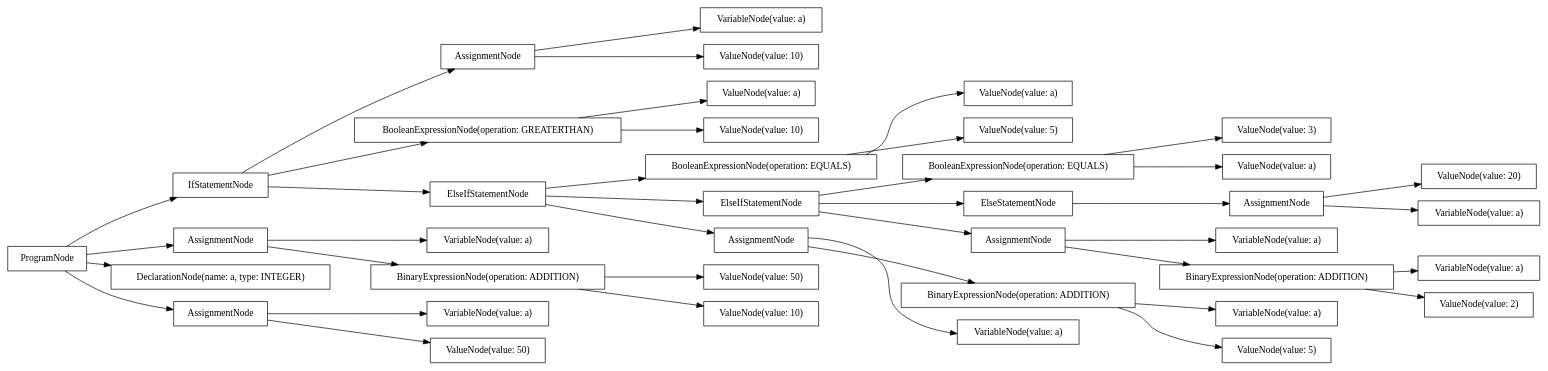
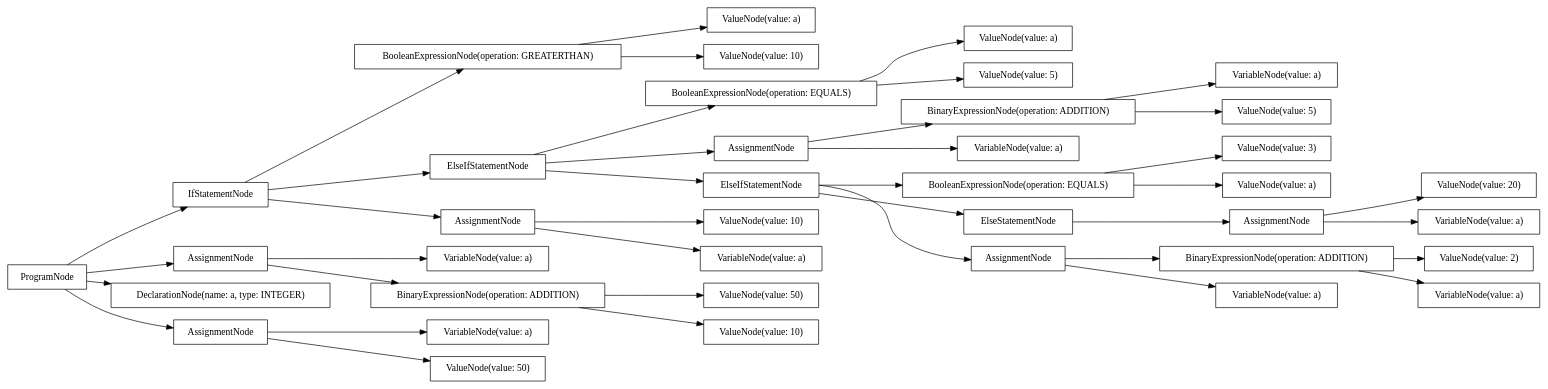
The diagram in src/output/dot/example-boolean.dot (AtLeastITry/ANTLR-Python-Compiler), drawn with Graphviz before and after one commit. The commit also changed 6 other files, not shown here.

```diff
--- a/src/output/dot/example-boolean.dot
+++ b/src/output/dot/example-boolean.dot
@@ -1,80 +1,80 @@
 digraph G {
 rankdir=LR
-"056d68b5-1c5a-4bd9-ac76-d879fc753563" [label="VariableNode(value: a)" shape="box"];
-"910bc364-d30c-4750-89e6-8b339c42cae7" [label="VariableNode(value: a)" shape="box"];
-"a17f1d7f-00c7-488e-8e1f-476583a67996" [label="ValueNode(value: 2)" shape="box"];
-"3a7664a3-7414-4352-b82d-a73f00e3fc26" [label="ValueNode(value: a)" shape="box"];
-"e0ff7432-14a5-4001-b9fc-33d4d6c8000d" [label="ValueNode(value: 3)" shape="box"];
-"79c21303-ec14-4fd1-b26d-0b97922ca197" [label="VariableNode(value: a)" shape="box"];
-"9a9ebf2d-bc9e-4e6f-be57-4d4811175d0d" [label="BinaryExpressionNode(operation: ADDITION)" shape="box"];
-"4278be20-f519-4742-bce0-ae8191d3d9b9" [label="AssignmentNode" shape="box"];
-"f931f819-f55b-40c9-a4b4-8eca323c4df2" [label="BooleanExpressionNode(operation: GREATERTHAN)" shape="box"];
-"30824691-ca99-4523-891e-f6ecba1a7b4a" [label="VariableNode(value: a)" shape="box"];
-"3f95559d-6126-421d-8212-9b641d8c6784" [label="BooleanExpressionNode(operation: EQUALS)" shape="box"];
-"c026826d-abb5-42ea-a973-4dcf2b7e69d9" [label="IfStatementNode" shape="box"];
-"b5d9e8f3-29d3-4d6f-8710-d4c0d68fac99" [label="ValueNode(value: a)" shape="box"];
-"30bdd246-f32b-44f8-83b6-6686307a9df0" [label="BooleanExpressionNode(operation: EQUALS)" shape="box"];
-"1c186acc-18ff-4808-97b9-0ffab192d121" [label="AssignmentNode" shape="box"];
-"bde918db-64b5-4ee8-bec4-d9c2b1fa13c7" [label="ValueNode(value: a)" shape="box"];
-"66e86729-da51-48cb-8568-c87192aa7a30" [label="ElseStatementNode" shape="box"];
-"509d89c9-5059-420e-9209-fd7425c11467" [label="ValueNode(value: 20)" shape="box"];
-"052afe60-bb52-40f6-b158-f02cfc740bb5" [label="ElseIfStatementNode" shape="box"];
-"d71dfcdf-efb1-4a0c-8ca7-49be2e4ff208" [label="VariableNode(value: a)" shape="box"];
-"231bbb53-2444-4f9c-9d05-ecdcfc8c0661" [label="AssignmentNode" shape="box"];
-"a93387a8-a980-4316-83c8-711026016eb0" [label="AssignmentNode" shape="box"];
-"2118fe91-ddf3-4960-b61b-4aaec85ed954" [label="AssignmentNode" shape="box"];
-"2017dd74-14c8-424e-b50f-e1396ca75551" [label="ValueNode(value: 50)" shape="box"];
-"7ca74f19-9496-49e5-aacb-bed418ccd838" [label="ValueNode(value: 10)" shape="box"];
-"68fdd791-a230-49d6-8048-d3f7d1ea7ff9" [label="BinaryExpressionNode(operation: ADDITION)" shape="box"];
-"c75d41c0-0568-49b7-a43a-a68aea62e5b6" [label="VariableNode(value: a)" shape="box"];
-"06719703-7900-4796-b887-bae905e2eb4f" [label="ValueNode(value: 5)" shape="box"];
-"526847c7-7588-47b0-b5eb-e886b293abc4" [label="ValueNode(value: 5)" shape="box"];
-"21103529-5a16-464c-9e18-5b1c576d0ce5" [label="ValueNode(value: 50)" shape="box"];
-"626ec897-c671-4e16-939a-ab8bd7417ce1" [label="VariableNode(value: a)" shape="box"];
-"448c7957-6c59-41c4-9e2d-18b1228c25a6" [label="BinaryExpressionNode(operation: ADDITION)" shape="box"];
-"34289306-2741-42d5-a2ba-e76e34a28a3e" [label="ValueNode(value: 10)" shape="box"];
-"fbd14fc6-2f02-4aa1-9021-c796e566a596" [label="ValueNode(value: 10)" shape="box"];
-"cd7fdddd-22e2-4cf9-9a5a-4898ff252caa" [label="ProgramNode" shape="box"];
-"7875740a-f4ca-4056-8832-34d8be182aeb" [label="DeclarationNode(name: a, type: INTEGER)" shape="box"];
-"33789439-519f-434d-83b0-b2d3e63336f9" [label="VariableNode(value: a)" shape="box"];
-"ab4acdd1-06a6-4269-9e43-e04c9a971eb7" [label="AssignmentNode" shape="box"];
-"b10c782f-c87a-4e63-8d93-8a89117d8563" [label="ElseIfStatementNode" shape="box"];
-"cd7fdddd-22e2-4cf9-9a5a-4898ff252caa" -> "7875740a-f4ca-4056-8832-34d8be182aeb";
-"cd7fdddd-22e2-4cf9-9a5a-4898ff252caa" -> "ab4acdd1-06a6-4269-9e43-e04c9a971eb7";
-"ab4acdd1-06a6-4269-9e43-e04c9a971eb7" -> "910bc364-d30c-4750-89e6-8b339c42cae7";
-"ab4acdd1-06a6-4269-9e43-e04c9a971eb7" -> "21103529-5a16-464c-9e18-5b1c576d0ce5";
-"cd7fdddd-22e2-4cf9-9a5a-4898ff252caa" -> "c026826d-abb5-42ea-a973-4dcf2b7e69d9";
-"c026826d-abb5-42ea-a973-4dcf2b7e69d9" -> "f931f819-f55b-40c9-a4b4-8eca323c4df2";
-"f931f819-f55b-40c9-a4b4-8eca323c4df2" -> "3a7664a3-7414-4352-b82d-a73f00e3fc26";
-"f931f819-f55b-40c9-a4b4-8eca323c4df2" -> "fbd14fc6-2f02-4aa1-9021-c796e566a596";
-"c026826d-abb5-42ea-a973-4dcf2b7e69d9" -> "4278be20-f519-4742-bce0-ae8191d3d9b9";
-"4278be20-f519-4742-bce0-ae8191d3d9b9" -> "30824691-ca99-4523-891e-f6ecba1a7b4a";
-"4278be20-f519-4742-bce0-ae8191d3d9b9" -> "7ca74f19-9496-49e5-aacb-bed418ccd838";
-"c026826d-abb5-42ea-a973-4dcf2b7e69d9" -> "b10c782f-c87a-4e63-8d93-8a89117d8563";
-"b10c782f-c87a-4e63-8d93-8a89117d8563" -> "30bdd246-f32b-44f8-83b6-6686307a9df0";
-"30bdd246-f32b-44f8-83b6-6686307a9df0" -> "b5d9e8f3-29d3-4d6f-8710-d4c0d68fac99";
-"30bdd246-f32b-44f8-83b6-6686307a9df0" -> "06719703-7900-4796-b887-bae905e2eb4f";
-"b10c782f-c87a-4e63-8d93-8a89117d8563" -> "231bbb53-2444-4f9c-9d05-ecdcfc8c0661";
-"231bbb53-2444-4f9c-9d05-ecdcfc8c0661" -> "626ec897-c671-4e16-939a-ab8bd7417ce1";
-"231bbb53-2444-4f9c-9d05-ecdcfc8c0661" -> "68fdd791-a230-49d6-8048-d3f7d1ea7ff9";
-"68fdd791-a230-49d6-8048-d3f7d1ea7ff9" -> "c75d41c0-0568-49b7-a43a-a68aea62e5b6";
-"68fdd791-a230-49d6-8048-d3f7d1ea7ff9" -> "526847c7-7588-47b0-b5eb-e886b293abc4";
-"b10c782f-c87a-4e63-8d93-8a89117d8563" -> "052afe60-bb52-40f6-b158-f02cfc740bb5";
-"052afe60-bb52-40f6-b158-f02cfc740bb5" -> "3f95559d-6126-421d-8212-9b641d8c6784";
-"3f95559d-6126-421d-8212-9b641d8c6784" -> "bde918db-64b5-4ee8-bec4-d9c2b1fa13c7";
-"3f95559d-6126-421d-8212-9b641d8c6784" -> "e0ff7432-14a5-4001-b9fc-33d4d6c8000d";
-"052afe60-bb52-40f6-b158-f02cfc740bb5" -> "2118fe91-ddf3-4960-b61b-4aaec85ed954";
-"2118fe91-ddf3-4960-b61b-4aaec85ed954" -> "d71dfcdf-efb1-4a0c-8ca7-49be2e4ff208";
-"2118fe91-ddf3-4960-b61b-4aaec85ed954" -> "448c7957-6c59-41c4-9e2d-18b1228c25a6";
-"448c7957-6c59-41c4-9e2d-18b1228c25a6" -> "056d68b5-1c5a-4bd9-ac76-d879fc753563";
-"448c7957-6c59-41c4-9e2d-18b1228c25a6" -> "a17f1d7f-00c7-488e-8e1f-476583a67996";
-"052afe60-bb52-40f6-b158-f02cfc740bb5" -> "66e86729-da51-48cb-8568-c87192aa7a30";
-"66e86729-da51-48cb-8568-c87192aa7a30" -> "a93387a8-a980-4316-83c8-711026016eb0";
-"a93387a8-a980-4316-83c8-711026016eb0" -> "33789439-519f-434d-83b0-b2d3e63336f9";
-"a93387a8-a980-4316-83c8-711026016eb0" -> "509d89c9-5059-420e-9209-fd7425c11467";
-"cd7fdddd-22e2-4cf9-9a5a-4898ff252caa" -> "1c186acc-18ff-4808-97b9-0ffab192d121";
-"1c186acc-18ff-4808-97b9-0ffab192d121" -> "79c21303-ec14-4fd1-b26d-0b97922ca197";
-"1c186acc-18ff-4808-97b9-0ffab192d121" -> "9a9ebf2d-bc9e-4e6f-be57-4d4811175d0d";
-"9a9ebf2d-bc9e-4e6f-be57-4d4811175d0d" -> "34289306-2741-42d5-a2ba-e76e34a28a3e";
-"9a9ebf2d-bc9e-4e6f-be57-4d4811175d0d" -> "2017dd74-14c8-424e-b50f-e1396ca75551";
+"9b366fa0-df2b-427d-92f7-1cadaa552f8d" [label="ValueNode(value: 10)" shape="box"];
+"e506a37e-7299-4fef-bc41-4f937e234e7b" [label="ValueNode(value: 2)" shape="box"];
+"3e40a6d2-3e7f-49f8-a3ac-66921ebba254" [label="ValueNode(value: 20)" shape="box"];
+"251fecdb-f5fe-4439-b215-3b6d42b46e0a" [label="BooleanExpressionNode(operation: GREATERTHAN)" shape="box"];
+"b58c02d5-5706-40c6-afbd-2a1d73ea5b55" [label="ProgramNode" shape="box"];
+"3918e076-52b2-48a0-9013-c4265c413480" [label="BooleanExpressionNode(operation: EQUALS)" shape="box"];
+"e082857e-820f-4f58-a8a6-83803138dffd" [label="AssignmentNode" shape="box"];
+"947e9222-3346-4b99-85e3-32d1b3577ea9" [label="ElseIfStatementNode" shape="box"];
+"964d5919-3728-40bf-a4ae-62c6b09cb3a2" [label="BooleanExpressionNode(operation: EQUALS)" shape="box"];
+"8d12272f-53fd-4b0b-be7a-55989f23e15c" [label="ValueNode(value: 50)" shape="box"];
+"7886088c-209f-4a21-b6de-2e7a8fb4787c" [label="BinaryExpressionNode(operation: ADDITION)" shape="box"];
+"e74098fc-7e24-4240-8cd6-42f59dcb9cea" [label="VariableNode(value: a)" shape="box"];
+"ccef5133-0bfc-41d3-9916-ae18f3dbdf3d" [label="AssignmentNode" shape="box"];
+"5dec168b-e0e0-4159-b949-7dc024af5b63" [label="AssignmentNode" shape="box"];
+"a31af2ec-2f39-49c8-bbdb-b892a580da95" [label="BinaryExpressionNode(operation: ADDITION)" shape="box"];
+"9e147932-266a-40e1-b0b8-de91b306d019" [label="ElseStatementNode" shape="box"];
+"27e5e43b-1f1f-4c9e-95c7-b4bdb223a89b" [label="VariableNode(value: a)" shape="box"];
+"3108ef7f-4efd-4ae8-896e-cac050ca5818" [label="AssignmentNode" shape="box"];
+"d8de5d80-fe90-47f5-8b93-7d7d2c9e3c54" [label="ValueNode(value: a)" shape="box"];
+"2bec7c8e-e496-40cf-935d-419cafd50530" [label="VariableNode(value: a)" shape="box"];
+"de58f8e0-0b82-437b-9607-d7f3ce6f1dfa" [label="IfStatementNode" shape="box"];
+"2e252965-4628-406a-8a78-5d931f2c17e1" [label="AssignmentNode" shape="box"];
+"fbc6bd87-da4a-42f5-bdca-b0b136e51645" [label="ValueNode(value: 5)" shape="box"];
+"4297faeb-de45-4cd0-ac3f-d89a95789991" [label="VariableNode(value: a)" shape="box"];
+"be33fd7a-b1c8-4233-983e-27c583638fcd" [label="ValueNode(value: 3)" shape="box"];
+"54362662-8a05-4fc4-96a4-3168617f908c" [label="DeclarationNode(name: a, type: INTEGER)" shape="box"];
+"3fde65d7-06c8-4d5d-91de-a550f5c589fc" [label="ValueNode(value: a)" shape="box"];
+"39578d86-37f9-4109-b308-a90a6a22feae" [label="BinaryExpressionNode(operation: ADDITION)" shape="box"];
+"8bbf2b9a-d0f5-4da8-b4bc-1f5a18062cf7" [label="ValueNode(value: 10)" shape="box"];
+"329cdd40-a0fd-4198-86fe-aad971a15c0f" [label="ValueNode(value: 10)" shape="box"];
+"a4da3d97-449c-46e1-b406-15361ee70fd6" [label="ElseIfStatementNode" shape="box"];
+"2fe0a4f4-e763-4842-9fee-a795238eaeb7" [label="AssignmentNode" shape="box"];
+"5ff27943-04c7-44de-84ab-cf2f78c3e594" [label="ValueNode(value: 5)" shape="box"];
+"b719588a-559c-474f-bedc-95081a0b8223" [label="VariableNode(value: a)" shape="box"];
+"624b4a90-265e-4fff-b5c0-76d7b912e142" [label="VariableNode(value: a)" shape="box"];
+"04464107-2dfd-40e3-993e-0de1a14eb733" [label="ValueNode(value: a)" shape="box"];
+"a77fd1b9-1454-43c7-ae1d-f1a3d49c598a" [label="VariableNode(value: a)" shape="box"];
+"31b7f980-5101-4d93-b33a-04863b1d5b39" [label="VariableNode(value: a)" shape="box"];
+"9d594bee-912d-4b33-861e-e090422633ff" [label="ValueNode(value: 50)" shape="box"];
+"b58c02d5-5706-40c6-afbd-2a1d73ea5b55" -> "54362662-8a05-4fc4-96a4-3168617f908c";
+"b58c02d5-5706-40c6-afbd-2a1d73ea5b55" -> "2fe0a4f4-e763-4842-9fee-a795238eaeb7";
+"2fe0a4f4-e763-4842-9fee-a795238eaeb7" -> "e74098fc-7e24-4240-8cd6-42f59dcb9cea";
+"2fe0a4f4-e763-4842-9fee-a795238eaeb7" -> "9d594bee-912d-4b33-861e-e090422633ff";
+"b58c02d5-5706-40c6-afbd-2a1d73ea5b55" -> "de58f8e0-0b82-437b-9607-d7f3ce6f1dfa";
+"de58f8e0-0b82-437b-9607-d7f3ce6f1dfa" -> "251fecdb-f5fe-4439-b215-3b6d42b46e0a";
+"251fecdb-f5fe-4439-b215-3b6d42b46e0a" -> "3fde65d7-06c8-4d5d-91de-a550f5c589fc";
+"251fecdb-f5fe-4439-b215-3b6d42b46e0a" -> "329cdd40-a0fd-4198-86fe-aad971a15c0f";
+"de58f8e0-0b82-437b-9607-d7f3ce6f1dfa" -> "ccef5133-0bfc-41d3-9916-ae18f3dbdf3d";
+"ccef5133-0bfc-41d3-9916-ae18f3dbdf3d" -> "624b4a90-265e-4fff-b5c0-76d7b912e142";
+"ccef5133-0bfc-41d3-9916-ae18f3dbdf3d" -> "9b366fa0-df2b-427d-92f7-1cadaa552f8d";
+"de58f8e0-0b82-437b-9607-d7f3ce6f1dfa" -> "947e9222-3346-4b99-85e3-32d1b3577ea9";
+"947e9222-3346-4b99-85e3-32d1b3577ea9" -> "964d5919-3728-40bf-a4ae-62c6b09cb3a2";
+"964d5919-3728-40bf-a4ae-62c6b09cb3a2" -> "d8de5d80-fe90-47f5-8b93-7d7d2c9e3c54";
+"964d5919-3728-40bf-a4ae-62c6b09cb3a2" -> "fbc6bd87-da4a-42f5-bdca-b0b136e51645";
+"947e9222-3346-4b99-85e3-32d1b3577ea9" -> "5dec168b-e0e0-4159-b949-7dc024af5b63";
+"5dec168b-e0e0-4159-b949-7dc024af5b63" -> "2bec7c8e-e496-40cf-935d-419cafd50530";
+"5dec168b-e0e0-4159-b949-7dc024af5b63" -> "7886088c-209f-4a21-b6de-2e7a8fb4787c";
+"7886088c-209f-4a21-b6de-2e7a8fb4787c" -> "4297faeb-de45-4cd0-ac3f-d89a95789991";
+"7886088c-209f-4a21-b6de-2e7a8fb4787c" -> "5ff27943-04c7-44de-84ab-cf2f78c3e594";
+"947e9222-3346-4b99-85e3-32d1b3577ea9" -> "a4da3d97-449c-46e1-b406-15361ee70fd6";
+"a4da3d97-449c-46e1-b406-15361ee70fd6" -> "3918e076-52b2-48a0-9013-c4265c413480";
+"3918e076-52b2-48a0-9013-c4265c413480" -> "04464107-2dfd-40e3-993e-0de1a14eb733";
+"3918e076-52b2-48a0-9013-c4265c413480" -> "be33fd7a-b1c8-4233-983e-27c583638fcd";
+"a4da3d97-449c-46e1-b406-15361ee70fd6" -> "3108ef7f-4efd-4ae8-896e-cac050ca5818";
+"3108ef7f-4efd-4ae8-896e-cac050ca5818" -> "a77fd1b9-1454-43c7-ae1d-f1a3d49c598a";
+"3108ef7f-4efd-4ae8-896e-cac050ca5818" -> "a31af2ec-2f39-49c8-bbdb-b892a580da95";
+"a31af2ec-2f39-49c8-bbdb-b892a580da95" -> "31b7f980-5101-4d93-b33a-04863b1d5b39";
+"a31af2ec-2f39-49c8-bbdb-b892a580da95" -> "e506a37e-7299-4fef-bc41-4f937e234e7b";
+"a4da3d97-449c-46e1-b406-15361ee70fd6" -> "9e147932-266a-40e1-b0b8-de91b306d019";
+"9e147932-266a-40e1-b0b8-de91b306d019" -> "e082857e-820f-4f58-a8a6-83803138dffd";
+"e082857e-820f-4f58-a8a6-83803138dffd" -> "b719588a-559c-474f-bedc-95081a0b8223";
+"e082857e-820f-4f58-a8a6-83803138dffd" -> "3e40a6d2-3e7f-49f8-a3ac-66921ebba254";
+"b58c02d5-5706-40c6-afbd-2a1d73ea5b55" -> "2e252965-4628-406a-8a78-5d931f2c17e1";
+"2e252965-4628-406a-8a78-5d931f2c17e1" -> "27e5e43b-1f1f-4c9e-95c7-b4bdb223a89b";
+"2e252965-4628-406a-8a78-5d931f2c17e1" -> "39578d86-37f9-4109-b308-a90a6a22feae";
+"39578d86-37f9-4109-b308-a90a6a22feae" -> "8bbf2b9a-d0f5-4da8-b4bc-1f5a18062cf7";
+"39578d86-37f9-4109-b308-a90a6a22feae" -> "8d12272f-53fd-4b0b-be7a-55989f23e15c";
 }
```
